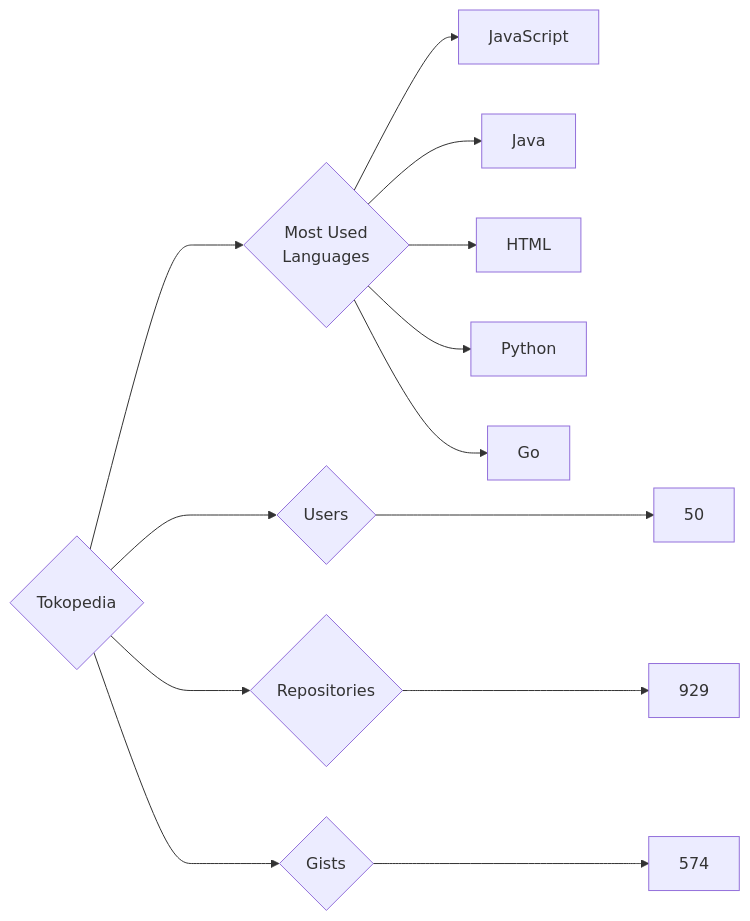
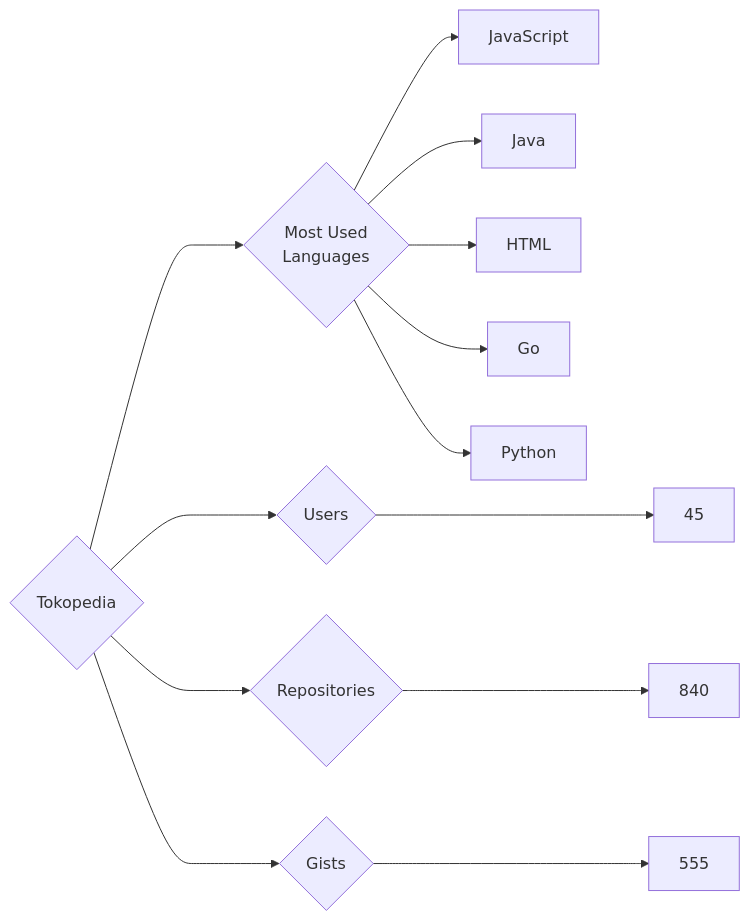
Before and after one commit to trickest/insiders: the diagram in targets/Tokopedia/README.md, drawn with Mermaid. The commit also changed 912 other files, not shown here.

````diff
--- a/targets/Tokopedia/README.md
+++ b/targets/Tokopedia/README.md
@@ -3,13 +3,13 @@
 ```mermaid
 graph LR
 COMPANY_NAME{Tokopedia}
-COMPANY_NAME ---> U{Users} ---> UN[50]
-COMPANY_NAME ---> R{Repositories} ---> RN[929]
-COMPANY_NAME ---> G{Gists} ---> GN[574]
+COMPANY_NAME ---> U{Users} ---> UN[45]
+COMPANY_NAME ---> R{Repositories} ---> RN[840]
+COMPANY_NAME ---> G{Gists} ---> GN[555]
 COMPANY_NAME ---> ML{Most Used<br>Languages}
 ML --> JavaScript[JavaScript]
 ML --> Java[Java]
 ML --> HTML[HTML]
+ML --> Go[Go]
 ML --> Python[Python]
-ML --> Go[Go]
 ```
````
